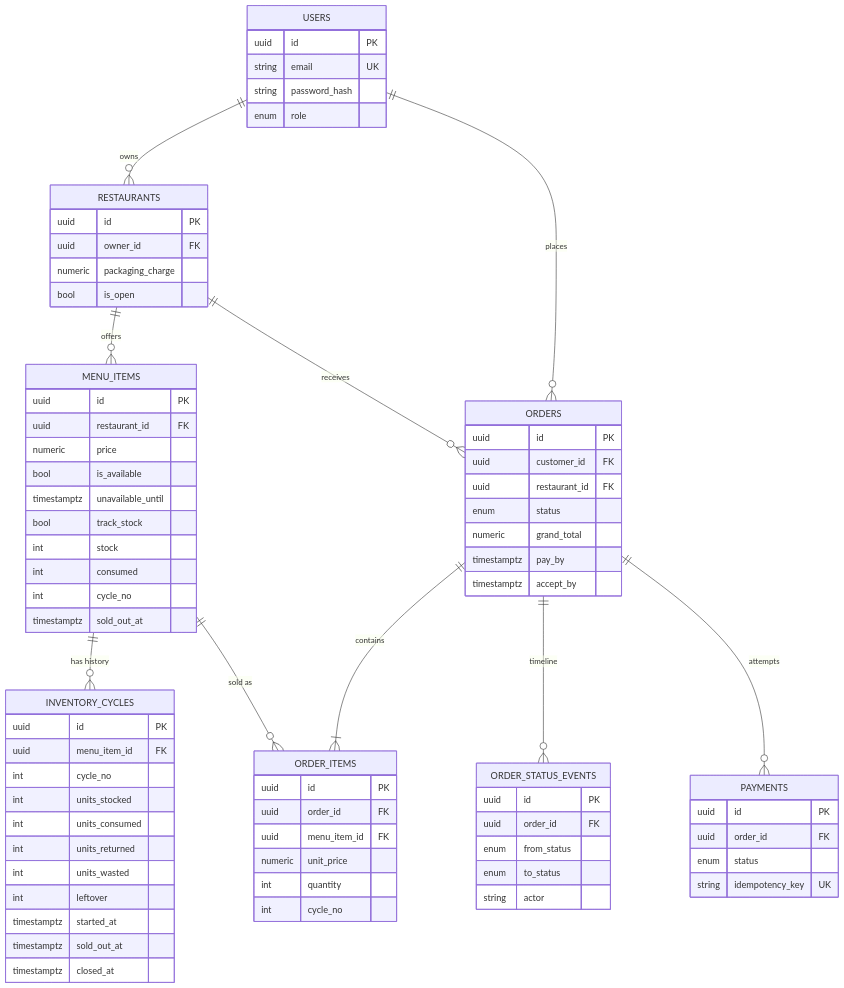
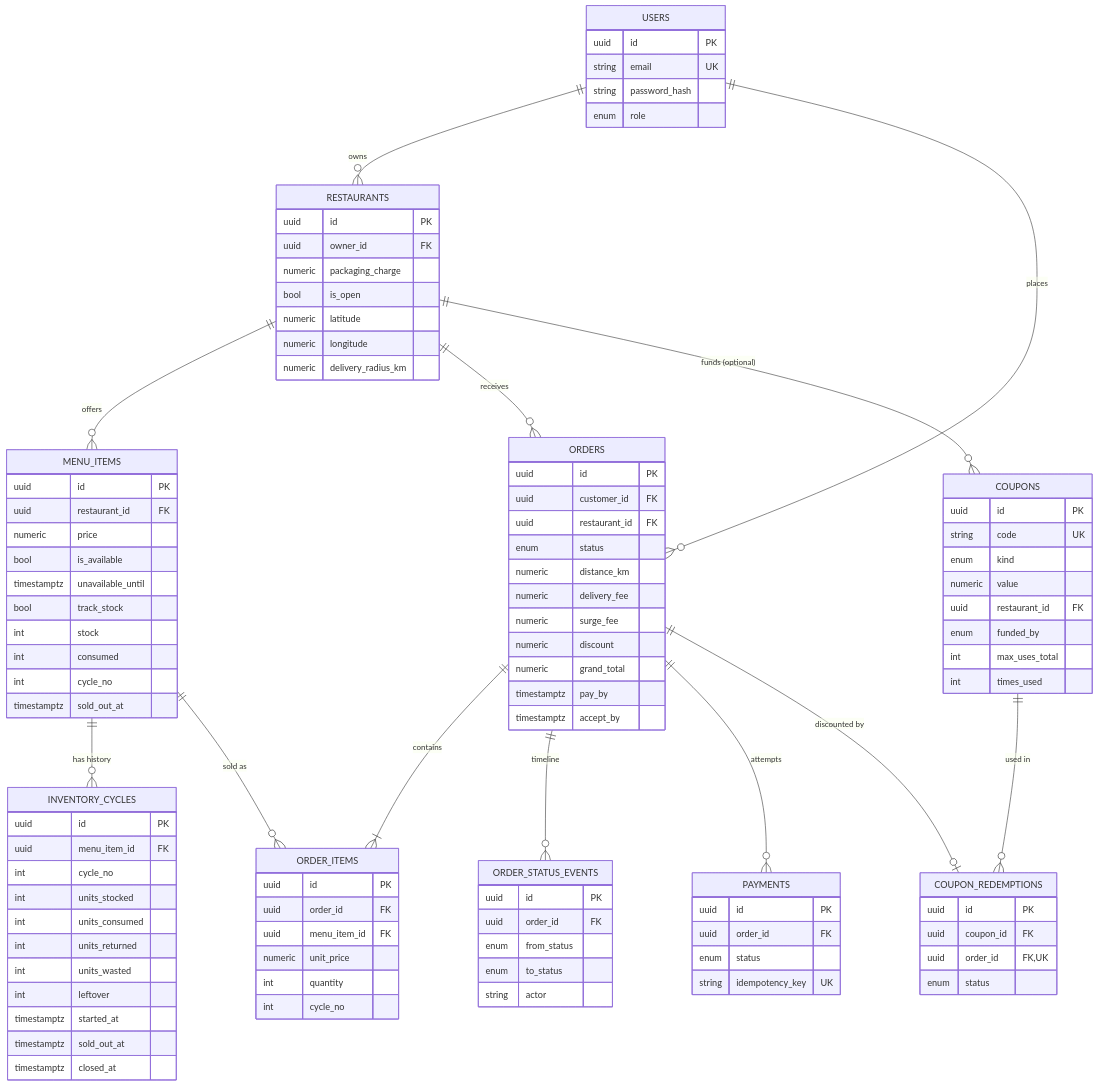
One commit to revant123/QuickServe changed the third of 18 diagrams in README.md. Above: the diagram before and after it, drawn with Mermaid. The commit also changed other lines of this file, not shown here.

First line of the commit message:
README: Phase 11 pricing Q&A, data model, roadmap 11-16, references

````diff
--- a/README.md
+++ b/README.md
@@ -344,6 +346,9 @@
     ORDERS ||--|{ ORDER_ITEMS : contains
     ORDERS ||--o{ ORDER_STATUS_EVENTS : "timeline"
     ORDERS ||--o{ PAYMENTS : "attempts"
+    COUPONS ||--o{ COUPON_REDEMPTIONS : "used in"
+    ORDERS ||--o| COUPON_REDEMPTIONS : "discounted by"
+    RESTAURANTS ||--o{ COUPONS : "funds (optional)"
 
     USERS {
         uuid id PK
@@ -356,6 +361,9 @@
         uuid owner_id FK
         numeric packaging_charge
         bool is_open
+        numeric latitude
+        numeric longitude
+        numeric delivery_radius_km
     }
     MENU_ITEMS {
         uuid id PK
@@ -387,6 +395,10 @@
         uuid customer_id FK
         uuid restaurant_id FK
         enum status
+        numeric distance_km
+        numeric delivery_fee
+        numeric surge_fee
+        numeric discount
         numeric grand_total
         timestamptz pay_by
         timestamptz accept_by
@@ -412,4 +424,20 @@
         enum to_status
         string actor
     }
+    COUPONS {
+        uuid id PK
+        string code UK
+        enum kind
+        numeric value
+        uuid restaurant_id FK
+        enum funded_by
+        int max_uses_total
+        int times_used
+    }
+    COUPON_REDEMPTIONS {
+        uuid id PK
+        uuid coupon_id FK
+        uuid order_id FK, UK
+        enum status
+    }
 ```
````
